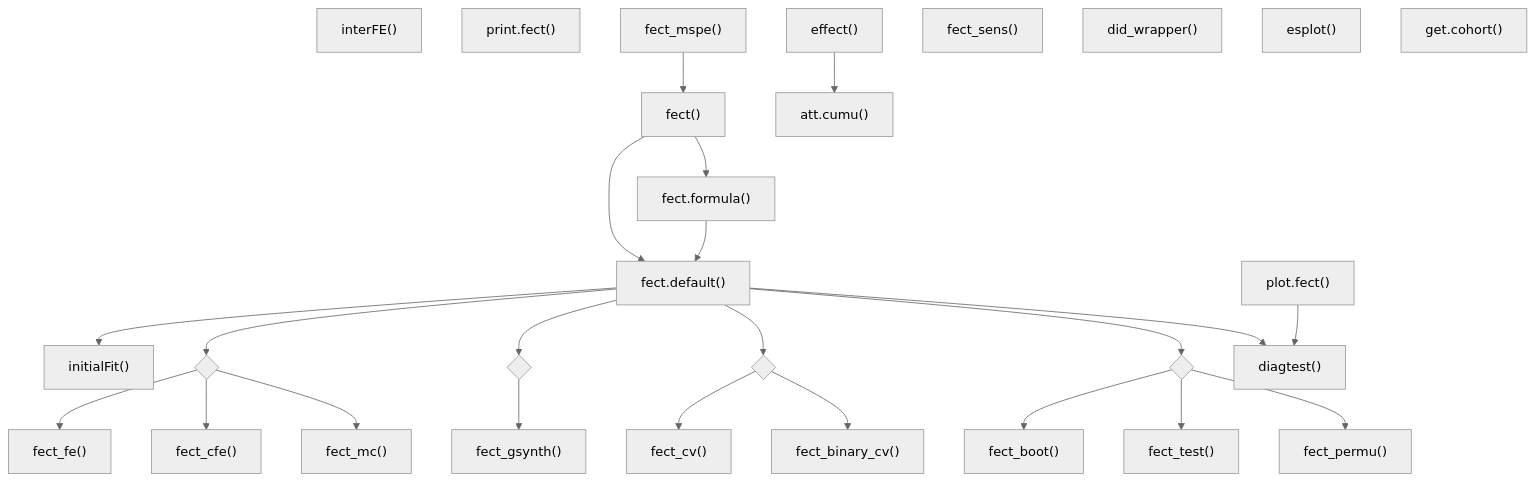
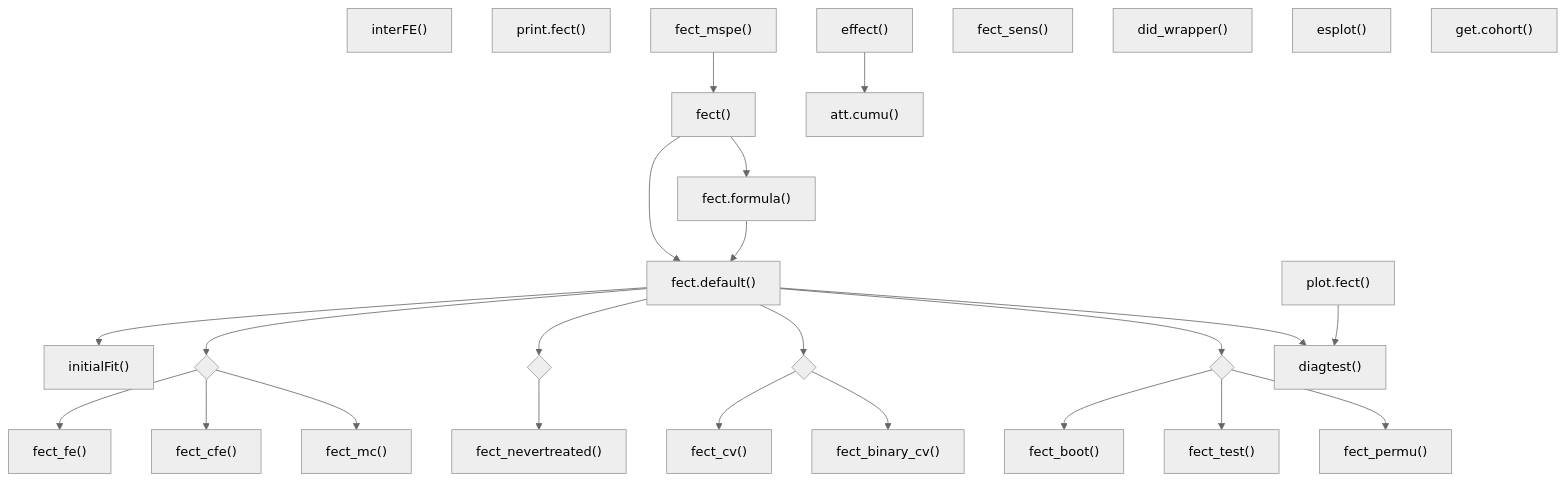
One commit to xuyiqing/fect changed the second of 4 diagrams in architecture.md. Above: the diagram before and after it, drawn with Mermaid. The commit also changed other lines of this file and 4 other files, not shown here.

First line of the commit message:
Rename fect_gsynth to fect_nevertreated

````diff
--- a/architecture.md
+++ b/architecture.md
@@ -155,42 +155,42 @@
 ```mermaid
 %%{init: {'theme': 'neutral'}}%%
 graph TD
     fect["fect()"] --> fect_formula["fect.formula()"]
     fect --> fect_default["fect.default()"]
     fect_formula --> fect_default
 
     fect_default --> initialFit["initialFit()"]
 
     fect_default --> R1_route{" "}
     R1_route --> fect_fe["fect_fe()"]
     R1_route --> fect_cfe["fect_cfe()"]
     R1_route --> fect_mc["fect_mc()"]
 
     fect_default --> R2_route{" "}
-    R2_route --> fect_gsynth["fect_gsynth()"]
+    R2_route --> fect_nevertreated["fect_nevertreated()"]
 
     fect_default --> R3_route{" "}
     R3_route --> fect_cv["fect_cv()"]
     R3_route --> fect_binary_cv["fect_binary_cv()"]
 
     fect_default --> R4_route{" "}
     R4_route --> fect_boot["fect_boot()"]
     R4_route --> fect_test["fect_test()"]
     R4_route --> fect_permu["fect_permu()"]
 
     fect_default --> diagtest["diagtest()"]
 
     interFE["interFE()"]
     plot_fect["plot.fect()"]
     print_fect["print.fect()"]
     effect_fn["effect()"]
     fect_mspe["fect_mspe()"]
     fect_sens["fect_sens()"]
     did_wrapper["did_wrapper()"]
     esplot_fn["esplot()"]
     get_cohort["get.cohort()"]
 
     plot_fect --> diagtest
     effect_fn --> att_cumu["att.cumu()"]
     fect_mspe --> fect
 ```
````
